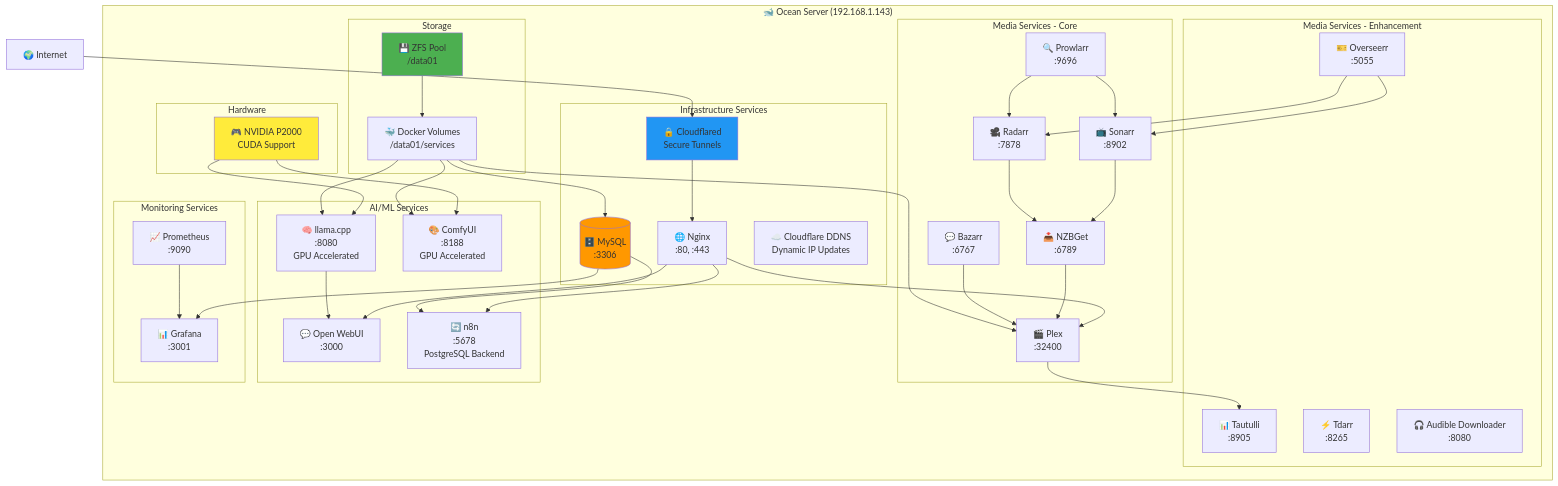
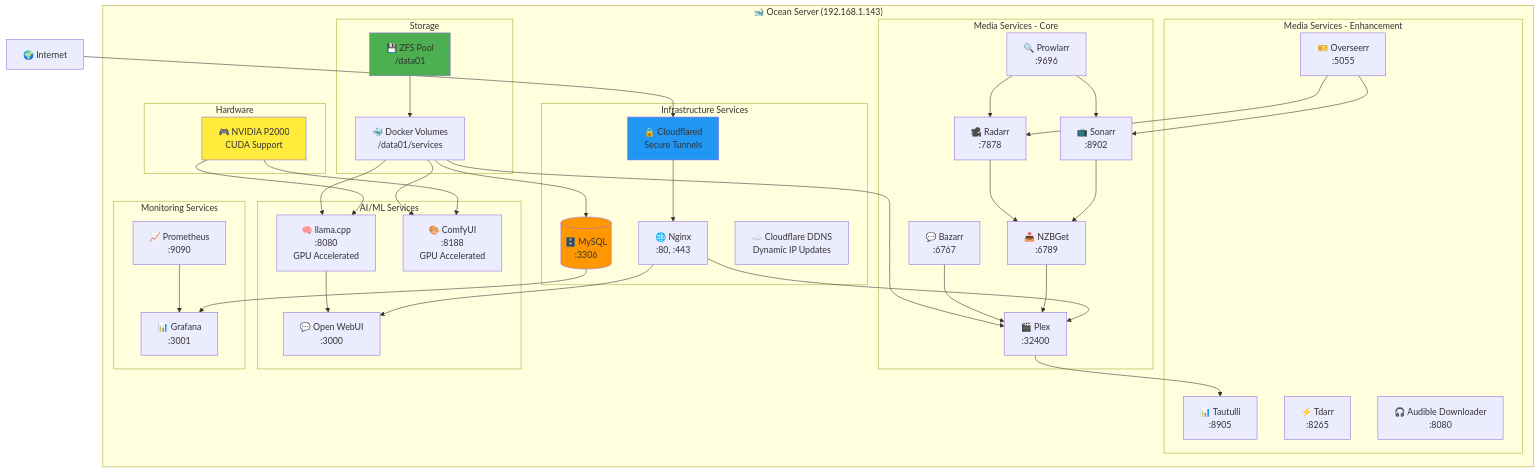
The diagram in docs/architecture/ocean-services.md (bluefishforsale/homelab), drawn with Mermaid before and after one commit. The commit also changed 48 other files, not shown here.

```diff
--- a/docs/architecture/ocean-services.md
+++ b/docs/architecture/ocean-services.md
@@ -29,7 +29,6 @@
         subgraph "AI/ML Services"
             LlamaCpp[🧠 llama.cpp<br/>:8080<br/>GPU Accelerated]
             OpenWebUI[💬 Open WebUI<br/>:3000]
-            N8N[🔄 n8n<br/>:5678<br/>PostgreSQL Backend]
             ComfyUI[🎨 ComfyUI<br/>:8188<br/>GPU Accelerated]
         end
         
@@ -52,9 +51,6 @@
     Cloudflared --> Nginx
     Nginx --> Plex
     Nginx --> OpenWebUI
-    Nginx --> N8N
-    
-    MySQL --> N8N
     MySQL --> Grafana
     
     Prowlarr --> Sonarr
```
